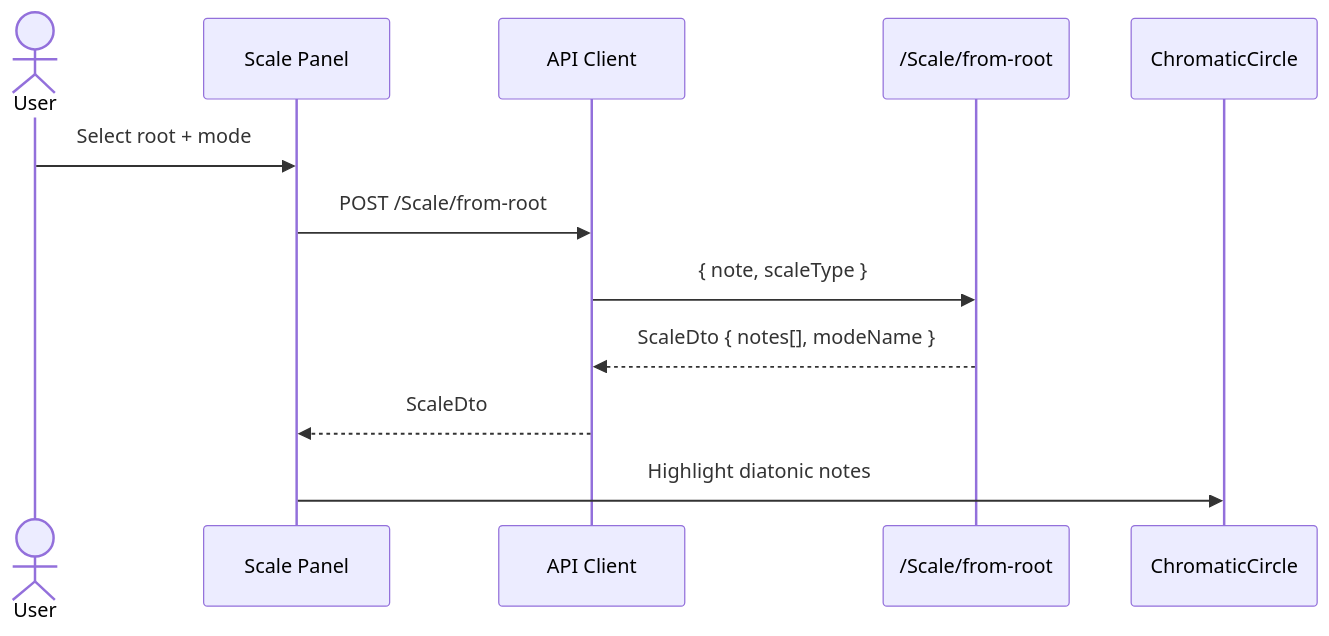
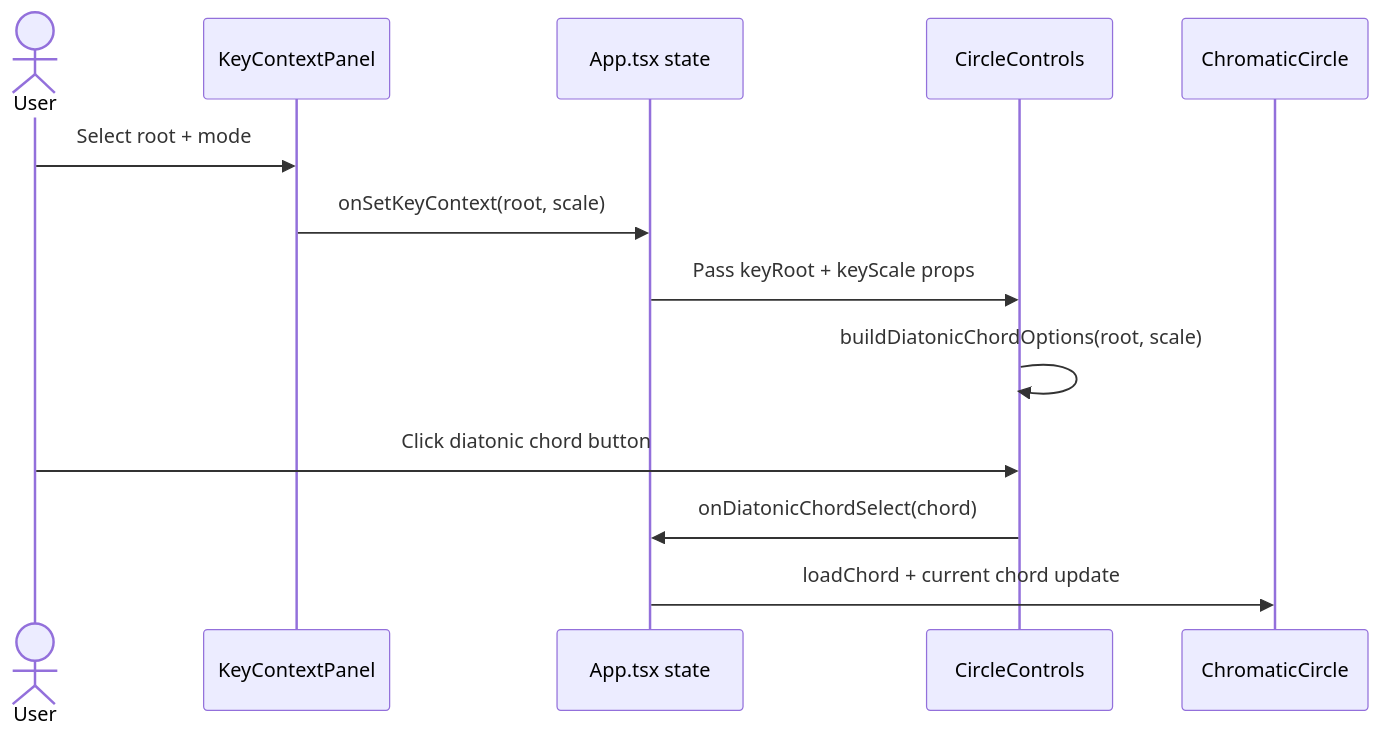
One commit to JWWade/midi-progression-editor changed the second of 4 diagrams in docs/architecture/data-flow.md. Above: the diagram before and after it, drawn with Mermaid. The commit also changed other lines of this file and 6 other files, not shown here.

Commit message:
docs: refresh architecture docs for current UI and data flow

````diff
--- a/docs/architecture/data-flow.md
+++ b/docs/architecture/data-flow.md
@@ -26,15 +25,16 @@
 ```mermaid
 sequenceDiagram
     actor User
-    participant ScaleUI as Scale Panel
-    participant Client as API Client
-    participant Backend as /Scale/from-root
+    participant Settings as KeyContextPanel
+    participant App as App.tsx state
+    participant Controls as CircleControls
     participant Circle as ChromaticCircle
 
-    User->>ScaleUI: Select root + mode
-    ScaleUI->>Client: POST /Scale/from-root
-    Client->>Backend: { note, scaleType }
-    Backend-->>Client: ScaleDto { notes[], modeName }
-    Client-->>ScaleUI: ScaleDto
-    ScaleUI->>Circle: Highlight diatonic notes
+    User->>Settings: Select root + mode
+    Settings->>App: onSetKeyContext(root, scale)
+    App->>Controls: Pass keyRoot + keyScale props
+    Controls->>Controls: buildDiatonicChordOptions(root, scale)
+    User->>Controls: Click diatonic chord button
+    Controls->>App: onDiatonicChordSelect(chord)
+    App->>Circle: loadChord + current chord update
 ```
````
